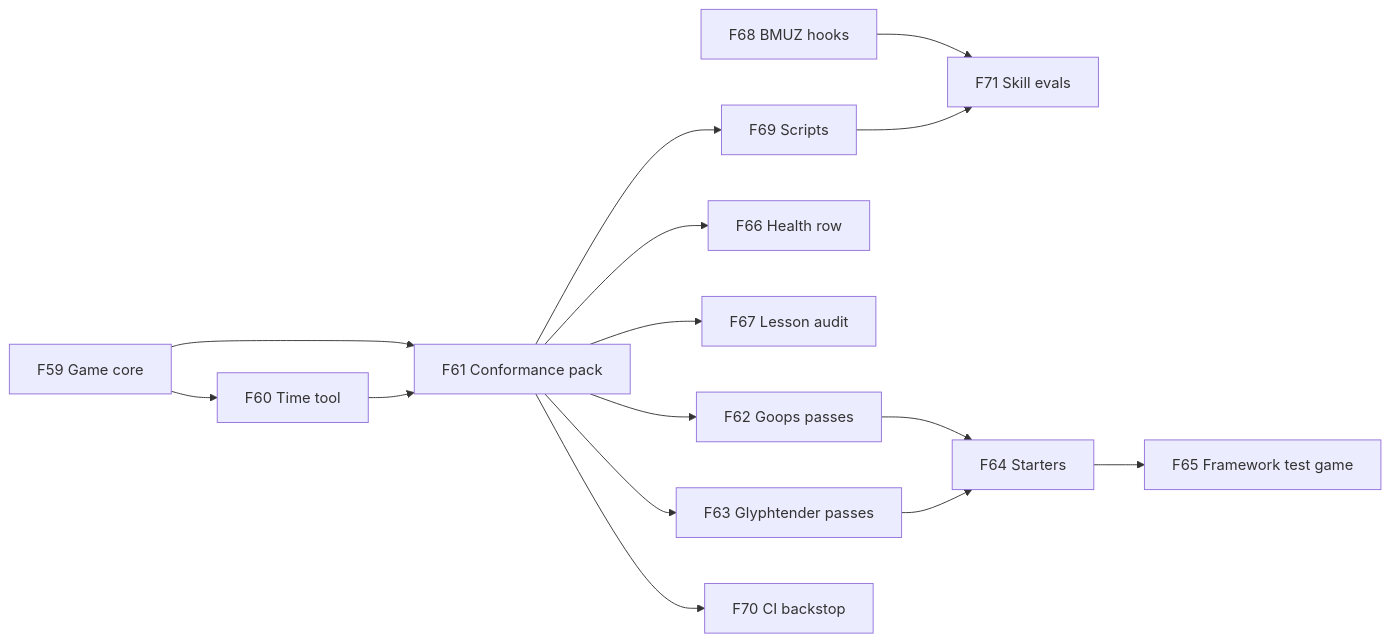
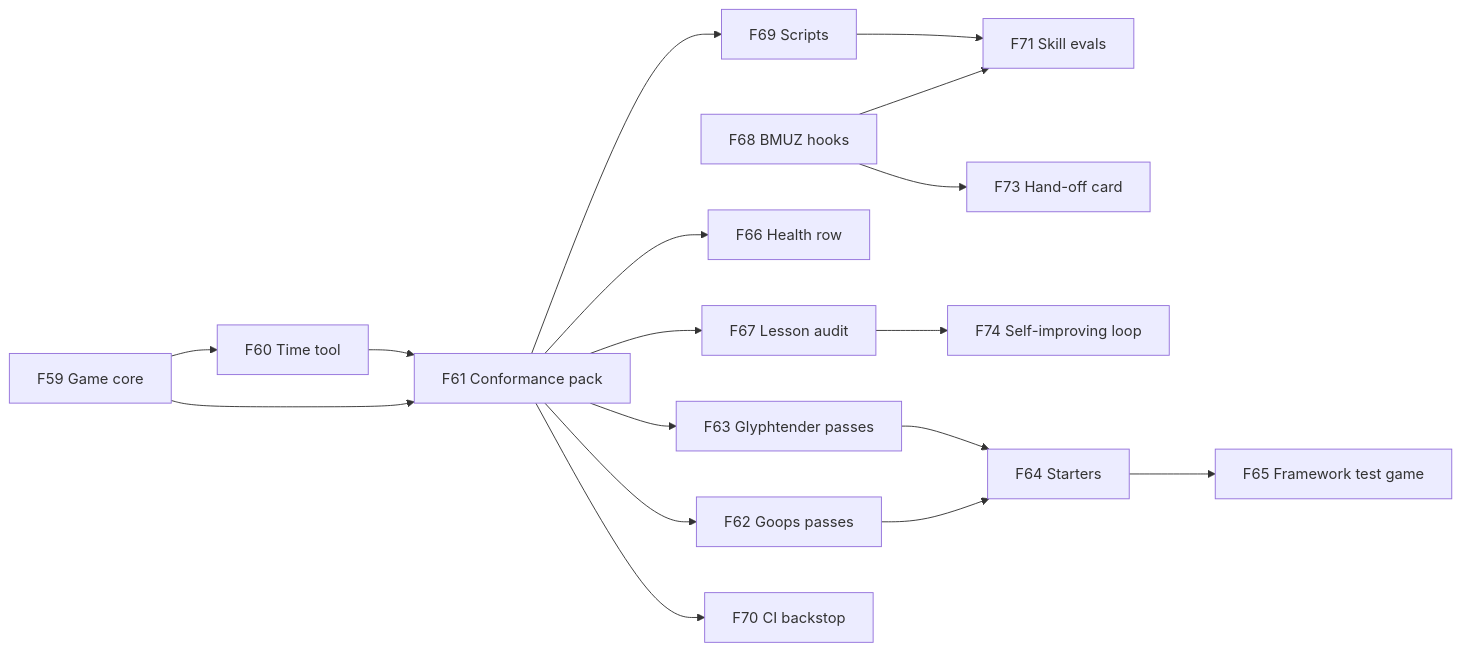
Before and after one commit to TheBlueMuzzy/framework: the seventh of 7 diagrams in .planning/ROADMAP.md, drawn with Mermaid. The commit also changed other lines of this file and 1 other file, not shown here.

Commit message:
Roadmap: F73 hand-off card (building), F74 self-improving loop, F67 first pass done

````diff
--- a/.planning/ROADMAP.md
+++ b/.planning/ROADMAP.md
@@ -154,16 +156,18 @@
 ```mermaid
 flowchart LR
   F59[F59 Game core] --> F60[F60 Time tool]
   F59 --> F61[F61 Conformance pack]
   F60 --> F61
   F61 --> F62[F62 Goops passes]
   F61 --> F63[F63 Glyphtender passes]
   F61 --> F66[F66 Health row]
   F61 --> F67[F67 Lesson audit]
   F68[F68 BMUZ hooks] --> F71[F71 Skill evals]
+  F68 --> F73[F73 Hand-off card]
+  F67 --> F74[F74 Self-improving loop]
   F61 --> F69[F69 Scripts] --> F71
   F61 --> F70[F70 CI backstop]
   F62 --> F64[F64 Starters]
   F63 --> F64
   F64 --> F65[F65 Framework test game]
 ```
````
